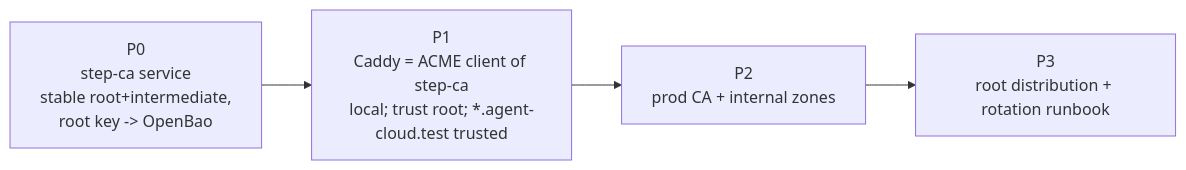
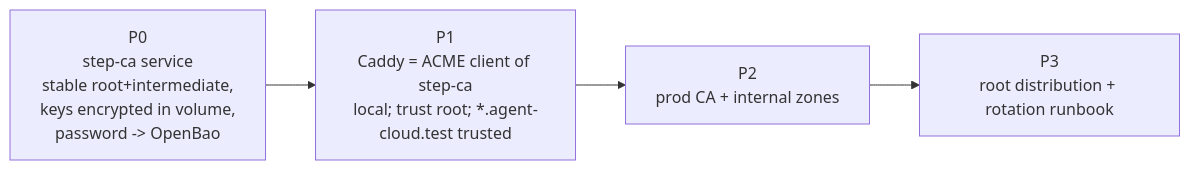
The first of 2 diagrams in plan/development/INTERNAL-CA-DEPLOYMENT.md (uhstray-io/agent-cloud), drawn with Mermaid before and after one commit. The commit also changed other lines of this file and 17 other files, not shown here.

````diff
--- a/plan/development/INTERNAL-CA-DEPLOYMENT.md
+++ b/plan/development/INTERNAL-CA-DEPLOYMENT.md
@@ -39,6 +39,6 @@
 ```mermaid
 flowchart LR
-  P0[P0<br/>step-ca service<br/>stable root+intermediate,<br/>root key -> OpenBao] --> P1[P1<br/>Caddy = ACME client of step-ca<br/>local; trust root; *.agent-cloud.test trusted]
+  P0[P0<br/>step-ca service<br/>stable root+intermediate,<br/>keys encrypted in volume,<br/>password -> OpenBao] --> P1[P1<br/>Caddy = ACME client of step-ca<br/>local; trust root; *.agent-cloud.test trusted]
   P1 --> P2[P2<br/>prod CA + internal zones]
   P2 --> P3[P3<br/>root distribution + rotation runbook]
 ```
````
